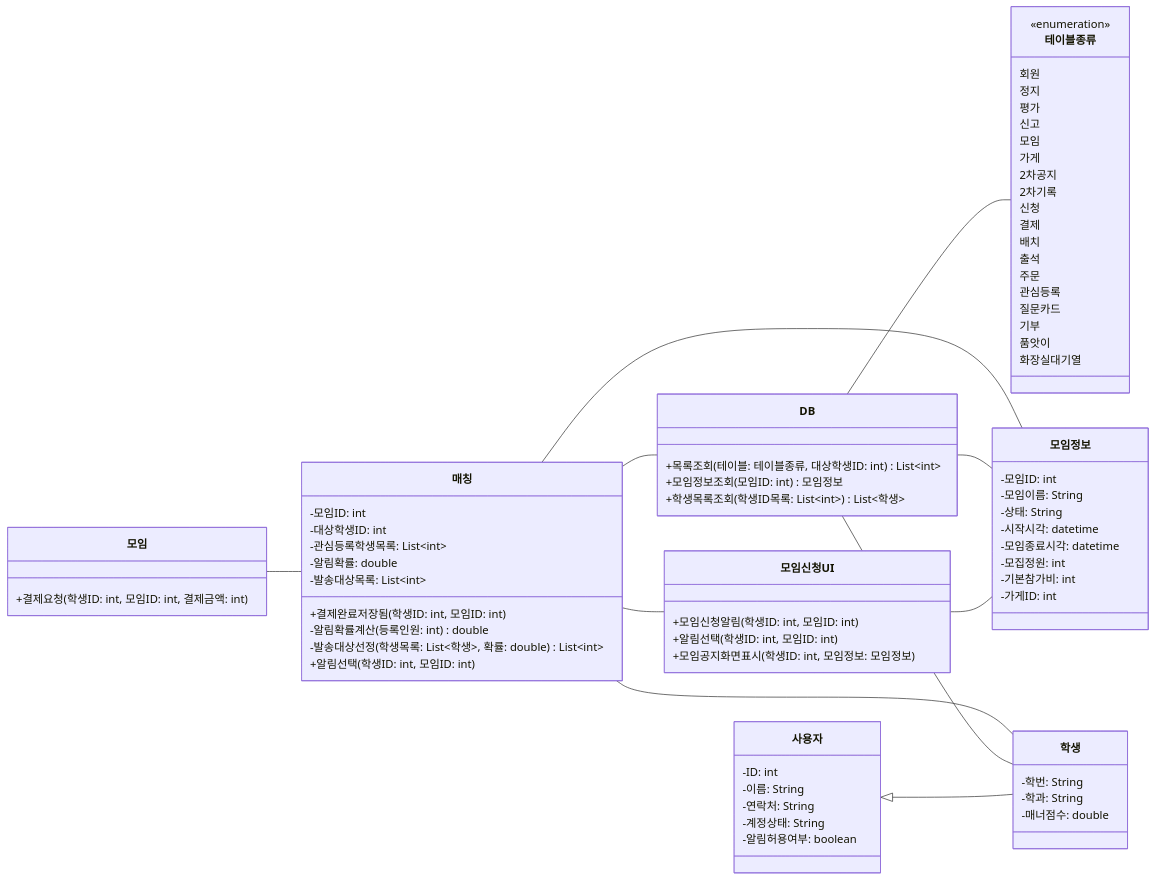
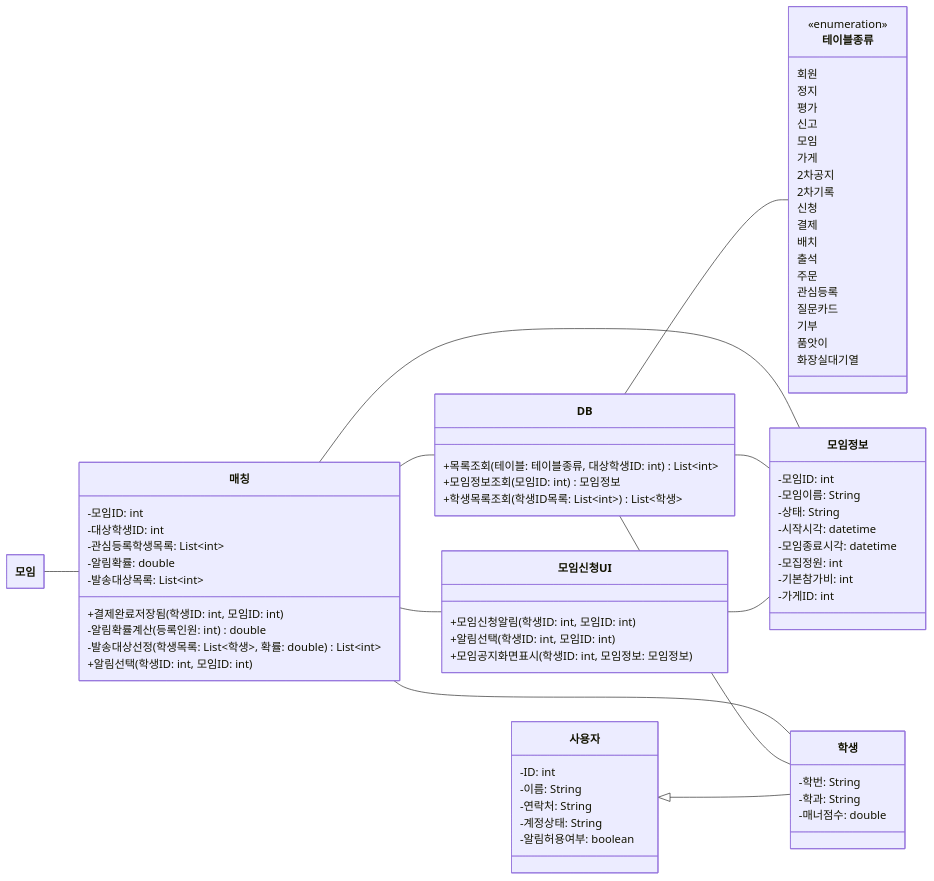
Before and after one commit to hojae3/sw-engineering-16: the second of 2 diagrams in class-diagram/present-03.md, drawn with Mermaid. The commit also changed other lines of this file, not shown here.

```diff
--- a/class-diagram/present-03.md
+++ b/class-diagram/present-03.md
@@ -68,9 +68,7 @@
 ---
 classDiagram
     direction LR
-    class O["모임"] {
-        +결제요청(학생ID: int, 모임ID: int, 결제금액: int)
-    }
+    class O["모임"]
     class M["매칭"] {
         -모임ID: int
         -대상학생ID: int
```
